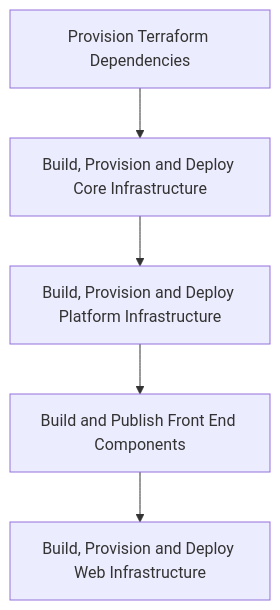
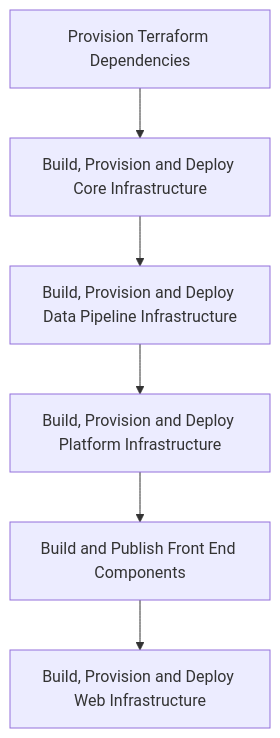
One commit to DFE-Digital/education-benchmarking-and-insights changed the first of 2 diagrams in documentation/architecture/9_Deployment-Architecture.md. Above: the diagram before and after it, drawn with Mermaid. The commit also changed other lines of this file, not shown here.

Commit message:
doc: Feature/destroy pipeline documentation updates

````diff
--- a/documentation/architecture/9_Deployment-Architecture.md
+++ b/documentation/architecture/9_Deployment-Architecture.md
@@ -21,9 +25,10 @@
 ```mermaid
 flowchart TD
     accDescr: Feature pipeline flow
     
     A[Provision Terraform Dependencies] --> B[Build, Provision and Deploy Core Infrastructure]
-    B --> C[Build, Provision and Deploy Platform Infrastructure]
-    C --> D[Build and Publish Front End Components]
-    D --> E[Build, Provision and Deploy Web Infrastructure]
+    B --> C[Build, Provision and Deploy Data Pipeline Infrastructure]
+    C --> D[Build, Provision and Deploy Platform Infrastructure]
+    D --> E[Build and Publish Front End Components]
+    E --> F[Build, Provision and Deploy Web Infrastructure]
 ```
````
